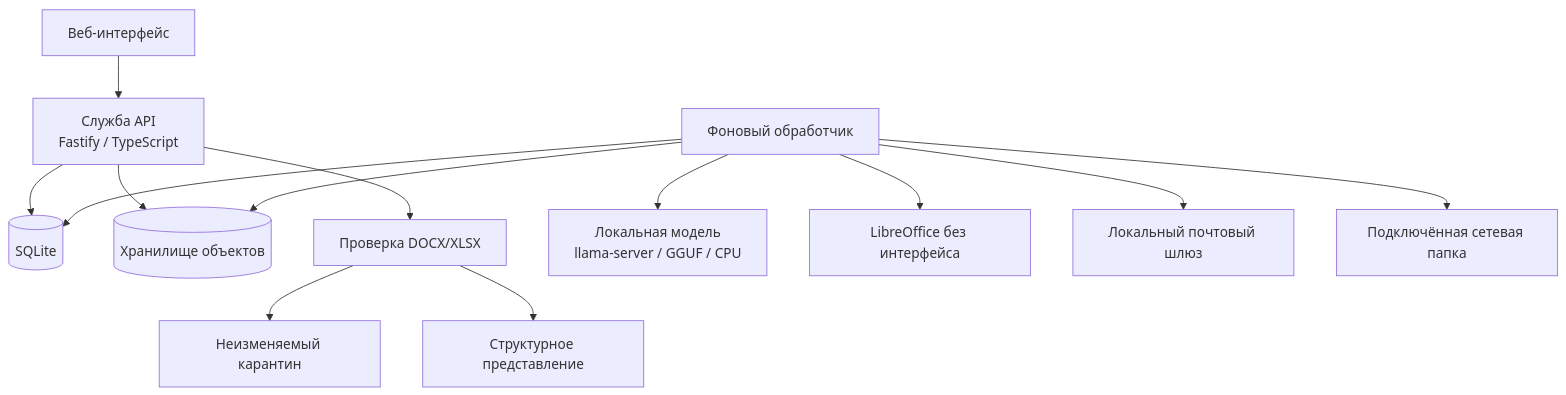
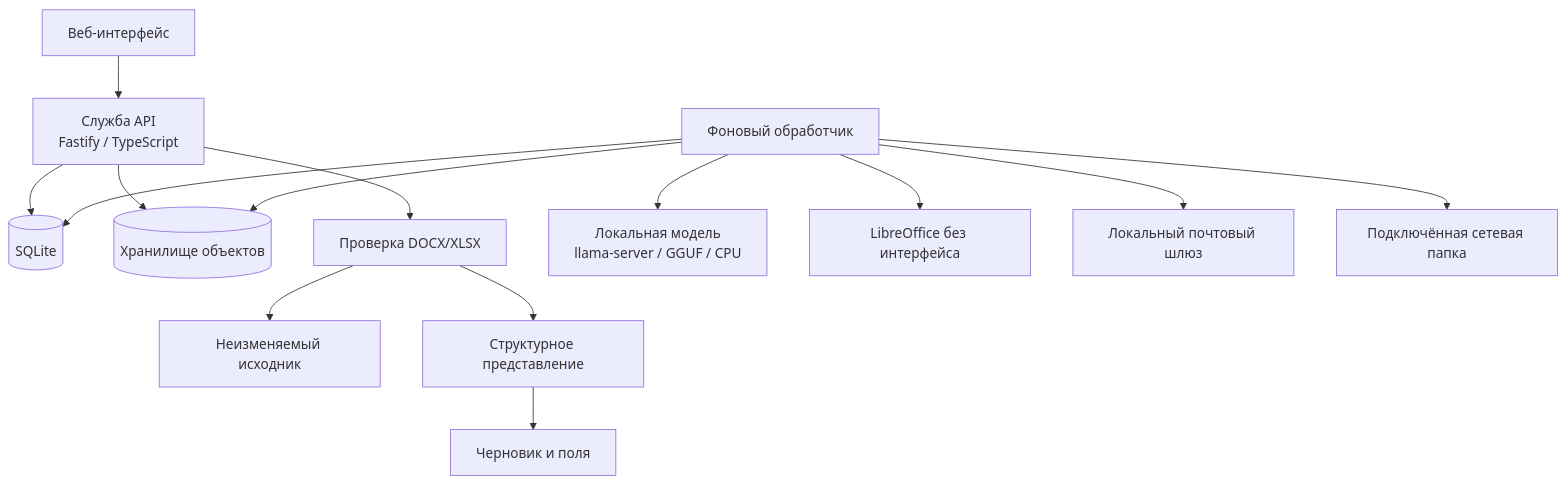
The diagram in README.md (f2re/docomator), drawn with Mermaid before and after one commit. The commit also changed other lines of this file, not shown here.

````diff
--- a/README.md
+++ b/README.md
@@ -163,15 +199,16 @@
 ```mermaid
 flowchart TB
     UI[Веб-интерфейс] --> API[Служба API\nFastify / TypeScript]
     API --> DB[(SQLite)]
     API --> OBJECTS[(Хранилище объектов)]
     API --> INTAKE[Проверка DOCX/XLSX]
-    INTAKE --> QUARANTINE[Неизменяемый карантин]
+    INTAKE --> QUARANTINE[Неизменяемый исходник]
     INTAKE --> STRUCTURE[Структурное представление]
+    STRUCTURE --> DRAFT[Черновик и поля]
     WORKER[Фоновый обработчик] --> DB
     WORKER --> OBJECTS
     WORKER --> LLM[Локальная модель\nllama-server / GGUF / CPU]
     WORKER --> LO[LibreOffice без интерфейса]
     WORKER --> SMTP[Локальный почтовый шлюз]
     WORKER --> SHARE[Подключённая сетевая папка]
 ```
````
